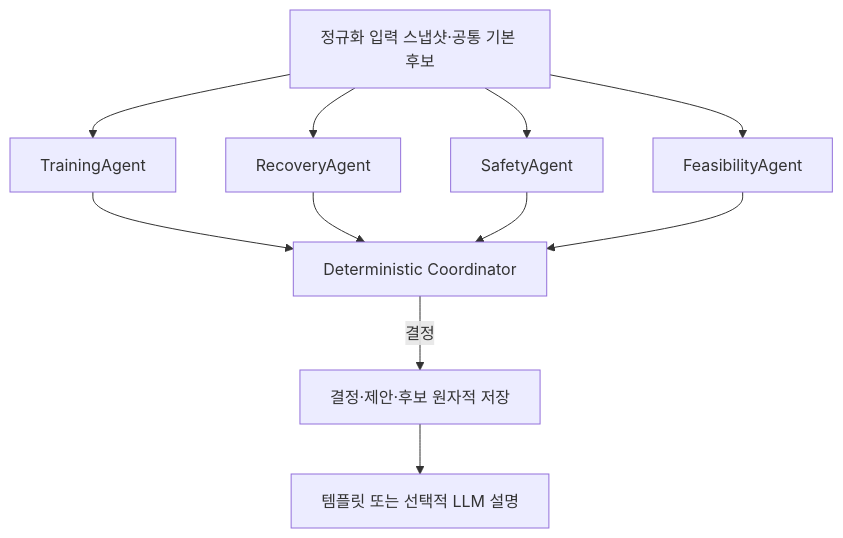
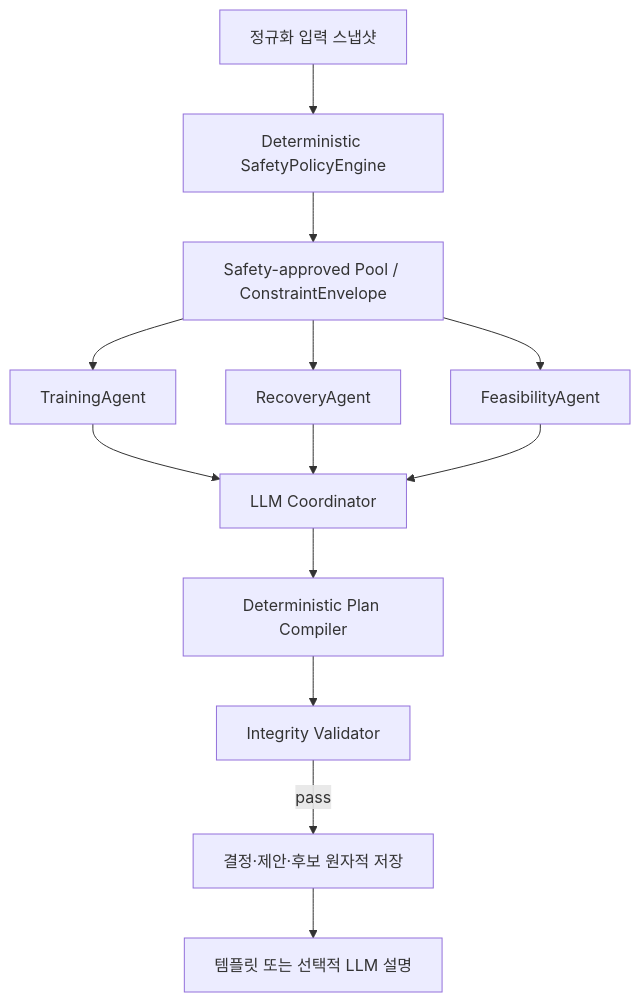
The second of 5 diagrams in docs/ARCHITECTURE.md (SKNETWORKS-FAMILY-AICAMP/SKN30-FINAL-5Team), drawn with Mermaid before and after one commit. The commit also changed other lines of this file and 38 other files, not shown here.

````diff
--- a/docs/ARCHITECTURE.md
+++ b/docs/ARCHITECTURE.md
@@ -74,13 +74,15 @@
 ```mermaid
 flowchart TD
-  A["정규화 입력 스냅샷·공통 기본 후보"] --> D1["TrainingAgent"]
-  A --> D2["RecoveryAgent"]
-  A --> D3["SafetyAgent"]
-  A --> D4["FeasibilityAgent"]
-  D1 --> E["Deterministic Coordinator"]
+  A["정규화 입력 스냅샷"] --> S["Deterministic SafetyPolicyEngine"]
+  S --> P["Safety-approved Pool / ConstraintEnvelope"]
+  P --> D1["TrainingAgent"]
+  P --> D2["RecoveryAgent"]
+  P --> D3["FeasibilityAgent"]
+  D1 --> E["LLM Coordinator"]
   D2 --> E
   D3 --> E
-  D4 --> E
-  E -->|"결정"| G["결정·제안·후보 원자적 저장"]
+  E --> C["Deterministic Plan Compiler"]
+  C --> V["Integrity Validator"]
+  V -->|"pass"| G["결정·제안·후보 원자적 저장"]
   G --> H["템플릿 또는 선택적 LLM 설명"]
 ```
````
